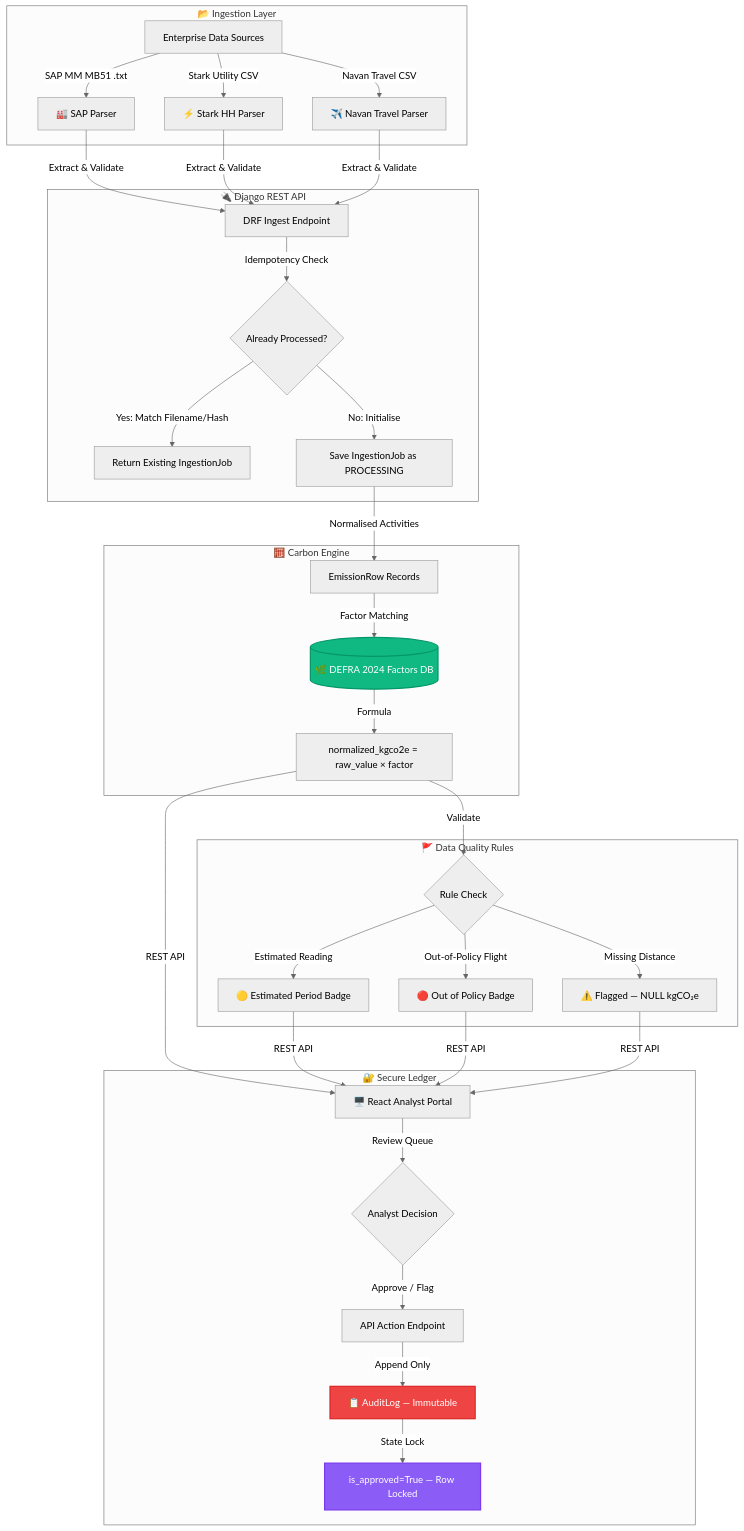
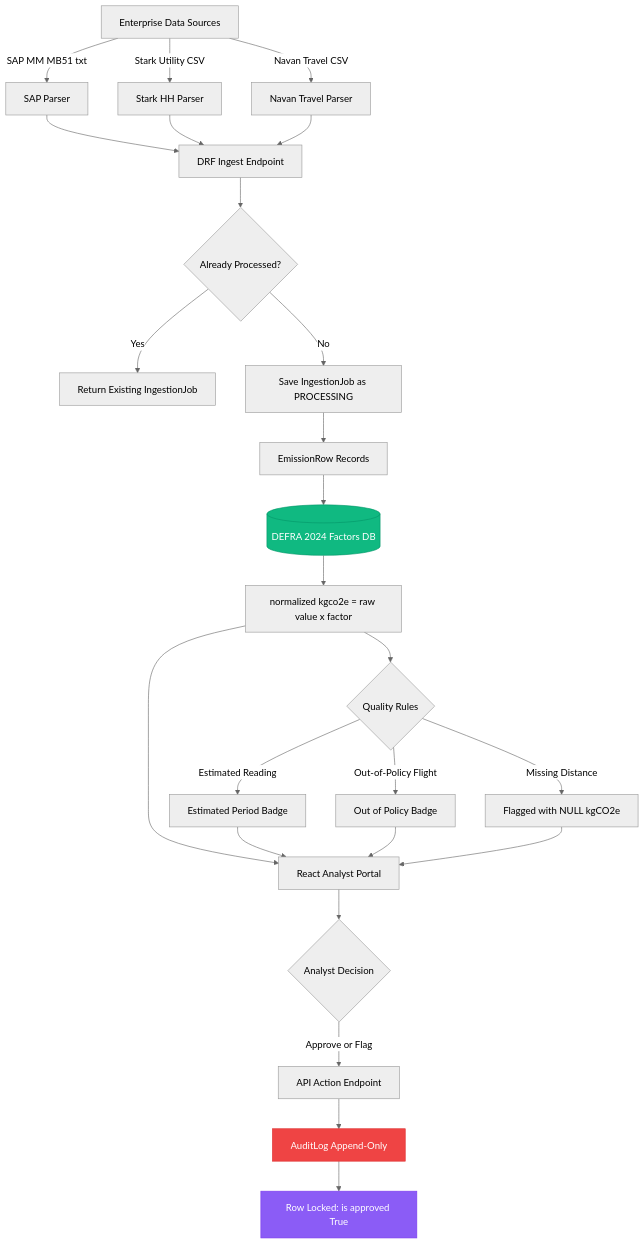
The diagram in README.md (Manoj-0810/breathe-esg-analyst-portal), drawn with Mermaid (neutral theme) before and after one commit. The commit also changed other lines of this file, not shown here.

````diff
--- a/README.md
+++ b/README.md
@@ -166,35 +92,37 @@
 ```mermaid
 graph TD
-    subgraph "📂 Ingestion Layer"
-        A[Enterprise Data Sources] -->|SAP MM MB51 .txt| B[🏭 SAP Parser]
-        A -->|Stark Utility CSV| C[⚡ Stark HH Parser]
-        A -->|Navan Travel CSV| D[✈️ Navan Travel Parser]
-    end
-    subgraph "🔌 Django REST API"
-        B & C & D -->|Extract & Validate| E[DRF Ingest Endpoint]
-        E -->|Idempotency Check| F{Already Processed?}
-        F -->|Yes: Match Filename/Hash| G[Return Existing IngestionJob]
-        F -->|No: Initialise| H[Save IngestionJob as PROCESSING]
-    end
-    subgraph "🧮 Carbon Engine"
-        H -->|Normalised Activities| I[EmissionRow Records]
-        I -->|Factor Matching| J[(🌿 DEFRA 2024 Factors DB)]
-        J -->|Formula| K["normalized_kgco2e = raw_value × factor"]
-    end
-    subgraph "🚩 Data Quality Rules"
-        K -->|Validate| L{Rule Check}
-        L -->|Estimated Reading| M[🟡 Estimated Period Badge]
-        L -->|Out-of-Policy Flight| N[🔴 Out of Policy Badge]
-        L -->|Missing Distance| O[⚠️ Flagged — NULL kgCO₂e]
-    end
-    subgraph "🔐 Secure Ledger"
-        K & M & N & O -->|REST API| P[🖥️ React Analyst Portal]
-        P -->|Review Queue| Q{Analyst Decision}
-        Q -->|Approve / Flag| R[API Action Endpoint]
-        R -->|Append Only| S[📋 AuditLog — Immutable]
-        S -->|State Lock| T[is_approved=True — Row Locked]
-    end
-    style J fill:#10b981,stroke:#059669,stroke-width:2px,color:#fff
-    style S fill:#ef4444,stroke:#dc2626,stroke-width:2px,color:#fff
-    style T fill:#8b5cf6,stroke:#7c3aed,stroke-width:2px,color:#fff
+    A[Enterprise Data Sources] -->|SAP MM MB51 txt| B[SAP Parser]
+    A -->|Stark Utility CSV| C[Stark HH Parser]
+    A -->|Navan Travel CSV| D[Navan Travel Parser]
+
+    B --> E[DRF Ingest Endpoint]
+    C --> E
+    D --> E
+
+    E --> F{Already Processed?}
+    F -->|Yes| G[Return Existing IngestionJob]
+    F -->|No| H[Save IngestionJob as PROCESSING]
+
+    H --> I[EmissionRow Records]
+    I --> J[(DEFRA 2024 Factors DB)]
+    J --> K[normalized kgco2e = raw value x factor]
+
+    K --> L{Quality Rules}
+    L -->|Estimated Reading| M[Estimated Period Badge]
+    L -->|Out-of-Policy Flight| N[Out of Policy Badge]
+    L -->|Missing Distance| O[Flagged with NULL kgCO2e]
+
+    K --> P[React Analyst Portal]
+    M --> P
+    N --> P
+    O --> P
+
+    P --> Q{Analyst Decision}
+    Q -->|Approve or Flag| R[API Action Endpoint]
+    R --> S[AuditLog Append-Only]
+    S --> T[Row Locked: is approved True]
+
+    style J fill:#10b981,stroke:#059669,color:#fff
+    style S fill:#ef4444,stroke:#dc2626,color:#fff
+    style T fill:#8b5cf6,stroke:#7c3aed,color:#fff
 ```
````
